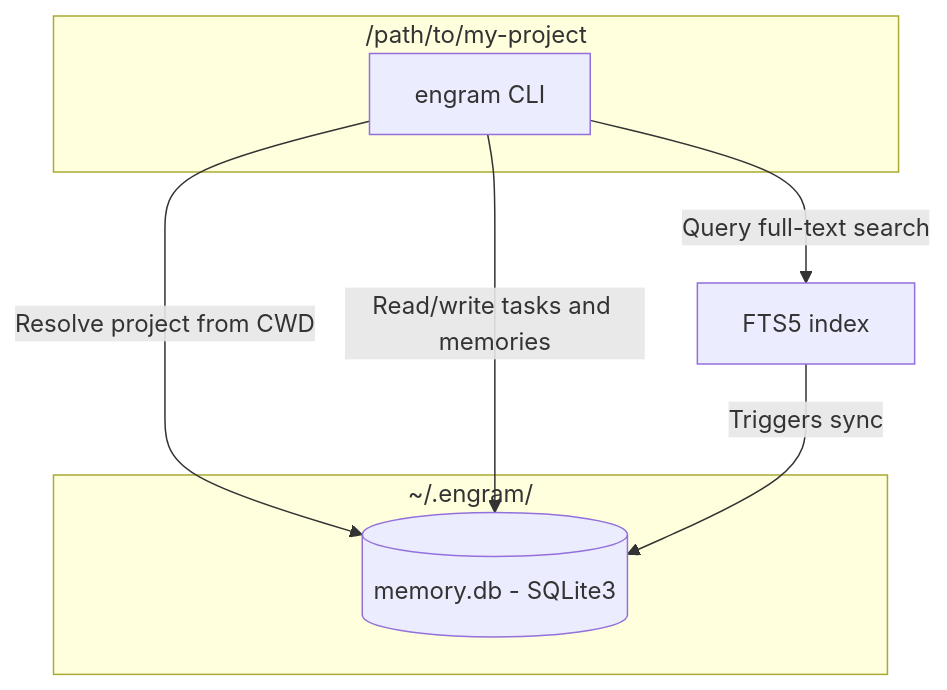
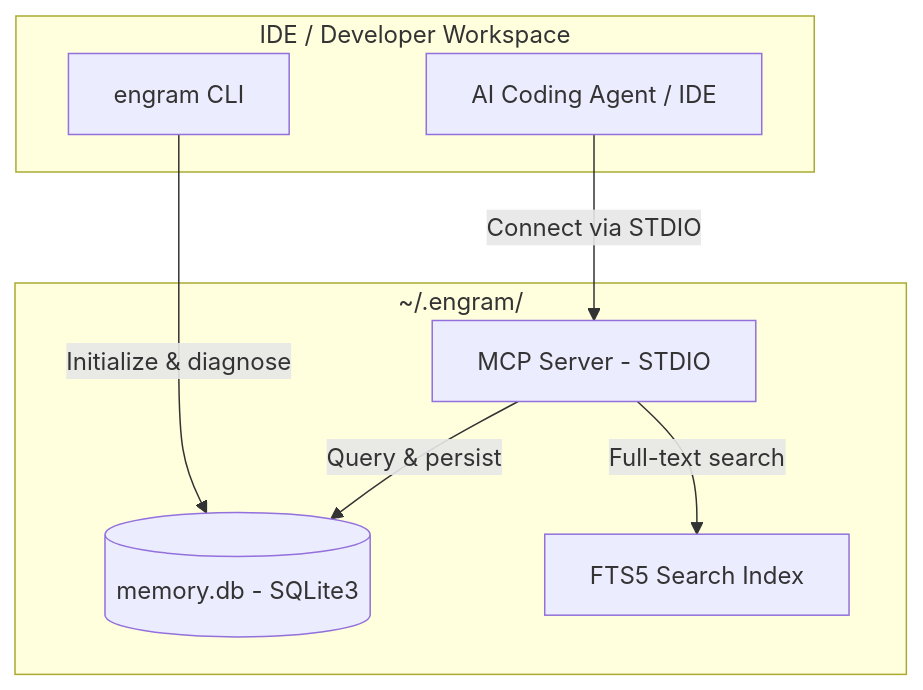
The diagram in README.md (Sai937593/engram), drawn with Mermaid before and after one commit. The commit also changed other lines of this file and 13 other files, not shown here.

Commit message:
docs(project-hygiene-refactoring): Update documentation for CLI trim and refactored architecture [33ca5d90]

````diff
--- a/README.md
+++ b/README.md
@@ -29,15 +21,18 @@
 ```mermaid
 graph TD
-    subgraph Local Repository ["/path/to/my-project"]
+    subgraph IDE / Developer Workspace
+        Agent[AI Coding Agent / IDE]
         CLI[engram CLI]
     end
 
-    subgraph Global Storage ["~/.engram/"]
+    subgraph Engram Architecture ["~/.engram/"]
+        MCPServer[MCP Server - STDIO]
         DB[(memory.db - SQLite3)]
+        FTS5[FTS5 Search Index]
     end
 
-    CLI -->|Resolve project from CWD| DB
-    CLI -->|Read/write tasks and memories| DB
-    CLI -->|Query full-text search| FTS5[FTS5 index]
-    FTS5 -->|Triggers sync| DB
+    Agent -->|Connect via STDIO| MCPServer
+    MCPServer -->|Query & persist| DB
+    MCPServer -->|Full-text search| FTS5
+    CLI -->|Initialize & diagnose| DB
 ```
````
